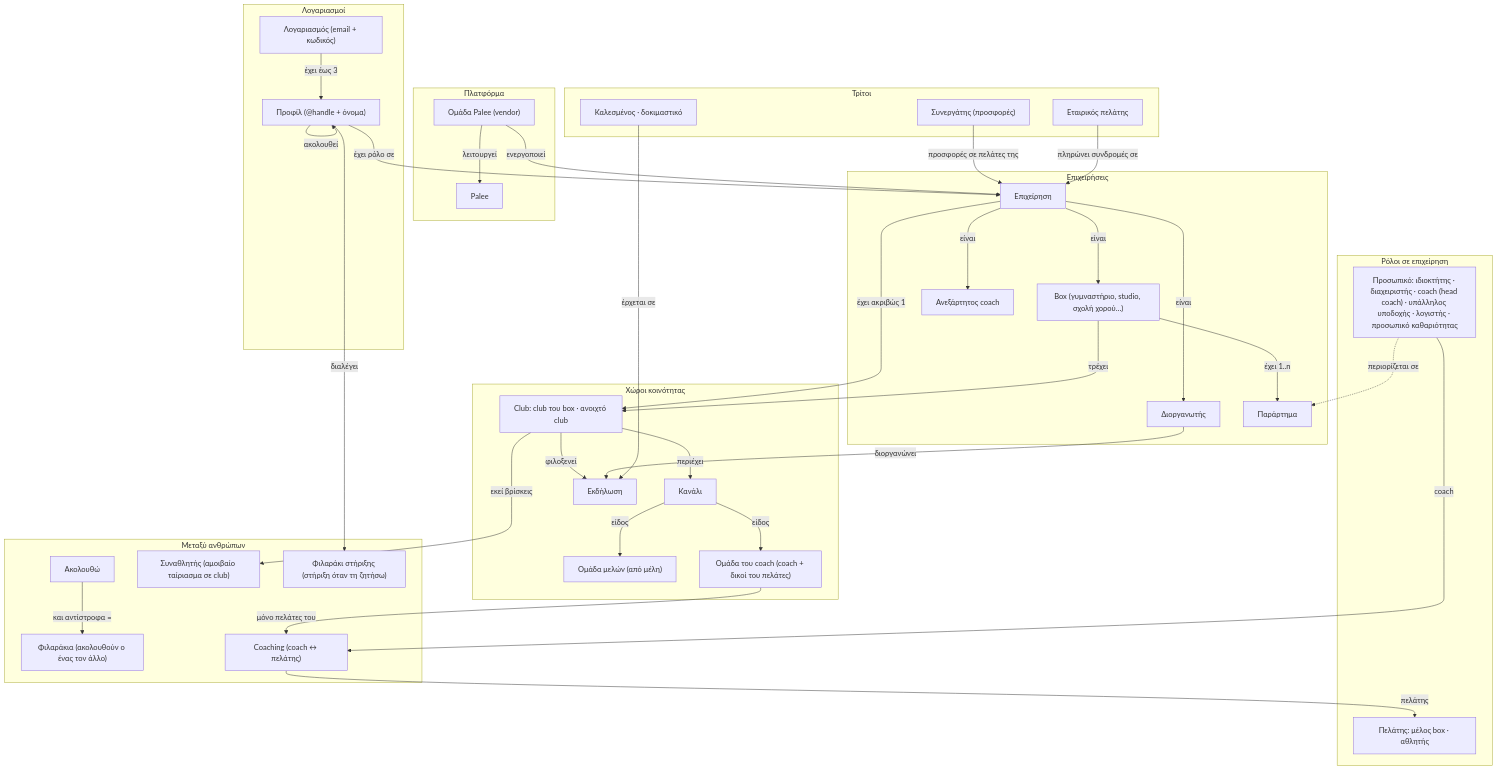
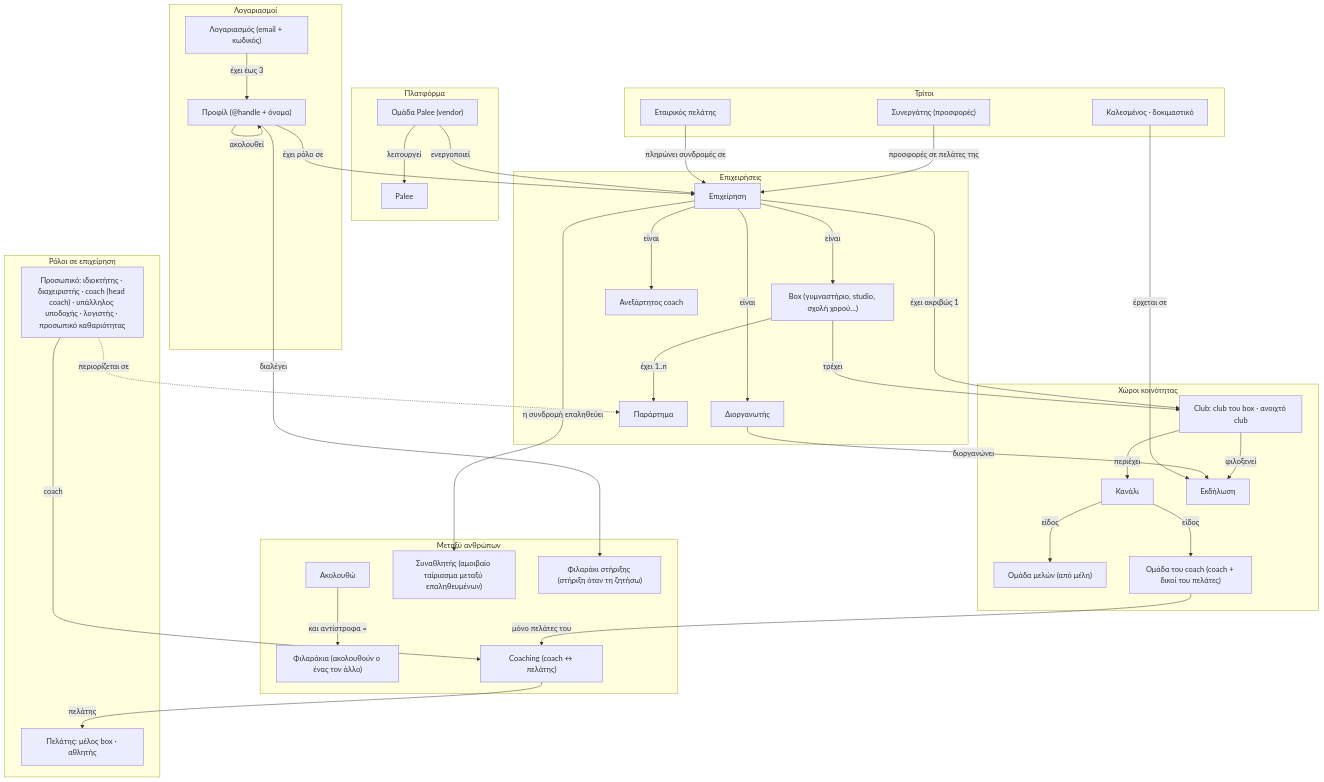
The second of 2 diagrams in docs/product/ontology.md (AnrPg/milos), drawn with Mermaid before and after one commit. The commit also changed other lines of this file and 22 other files, not shown here.

````diff
--- a/docs/product/ontology.md
+++ b/docs/product/ontology.md
@@ -106,74 +106,74 @@
 ```mermaid
 flowchart TB
   subgraph PLATFORM["Πλατφόρμα"]
     PALEE["Palee"]
     TEAM["Ομάδα Palee (vendor)"]
   end
 
   subgraph ACCOUNTS["Λογαριασμοί"]
     LOGIN["Λογαριασμός (email + κωδικός)"]
     PROFILE["Προφίλ (@handle + όνομα)"]
   end
 
   subgraph BUSINESSES["Επιχειρήσεις"]
     BIZ["Επιχείρηση"]
     BOX["Box (γυμναστήριο, studio, σχολή χορού…)"]
     INDIE["Ανεξάρτητος coach"]
     ORG["Διοργανωτής"]
     BRANCH["Παράρτημα"]
   end
 
   subgraph ROLES["Ρόλοι σε επιχείρηση"]
     STAFF["Προσωπικό: ιδιοκτήτης · διαχειριστής · coach (head coach) · υπάλληλος υποδοχής · λογιστής · προσωπικό καθαριότητας"]
     CLIENT["Πελάτης: μέλος box · αθλητής"]
   end
 
   subgraph SPACES["Χώροι κοινότητας"]
     CLUB["Club: club του box · ανοιχτό club"]
     CHANNEL["Κανάλι"]
     GROUP["Ομάδα μελών (από μέλη)"]
     SQUAD["Ομάδα του coach (coach + δικοί του πελάτες)"]
     EVENT["Εκδήλωση"]
   end
 
   subgraph RELATIONS["Μεταξύ ανθρώπων"]
     FOLLOW["Ακολουθώ"]
     BUDDIES["Φιλαράκια (ακολουθούν ο ένας τον άλλο)"]
-    TPARTNER["Συναθλητής (αμοιβαίο ταίριασμα σε club)"]
+    TPARTNER["Συναθλητής (αμοιβαίο ταίριασμα μεταξύ επαληθευμένων)"]
     CHECKIN["Φιλαράκι στήριξης (στήριξη όταν τη ζητήσω)"]
     COACHING["Coaching (coach ↔ πελάτης)"]
   end
 
   subgraph OUTSIDE["Τρίτοι"]
     PERKP["Συνεργάτης (προσφορές)"]
     CORP["Εταιρικός πελάτης"]
     GUEST["Καλεσμένος · δοκιμαστικό"]
   end
 
   TEAM -- λειτουργεί --> PALEE
   TEAM -- ενεργοποιεί --> BIZ
   LOGIN -- έχει έως 3 --> PROFILE
   BIZ -- είναι --> BOX
   BIZ -- είναι --> INDIE
   BIZ -- είναι --> ORG
   BOX -- έχει 1..n --> BRANCH
   PROFILE -- έχει ρόλο σε --> BIZ
   STAFF -. περιορίζεται σε .-> BRANCH
   BIZ -- έχει ακριβώς 1 --> CLUB
   BOX -- τρέχει --> CLUB
   CLUB -- περιέχει --> CHANNEL
   CHANNEL -- είδος --> GROUP
   CHANNEL -- είδος --> SQUAD
   CLUB -- φιλοξενεί --> EVENT
   ORG -- διοργανώνει --> EVENT
   PROFILE -- ακολουθεί --> PROFILE
   FOLLOW -- και αντίστροφα = --> BUDDIES
-  CLUB -- εκεί βρίσκεις --> TPARTNER
+  BIZ -- η συνδρομή επαληθεύει --> TPARTNER
   PROFILE -- διαλέγει --> CHECKIN
   STAFF -- coach --> COACHING
   COACHING -- πελάτης --> CLIENT
   SQUAD -- μόνο πελάτες του --> COACHING
   PERKP -- προσφορές σε πελάτες της --> BIZ
   CORP -- πληρώνει συνδρομές σε --> BIZ
   GUEST -- έρχεται σε --> EVENT
 ```
````
